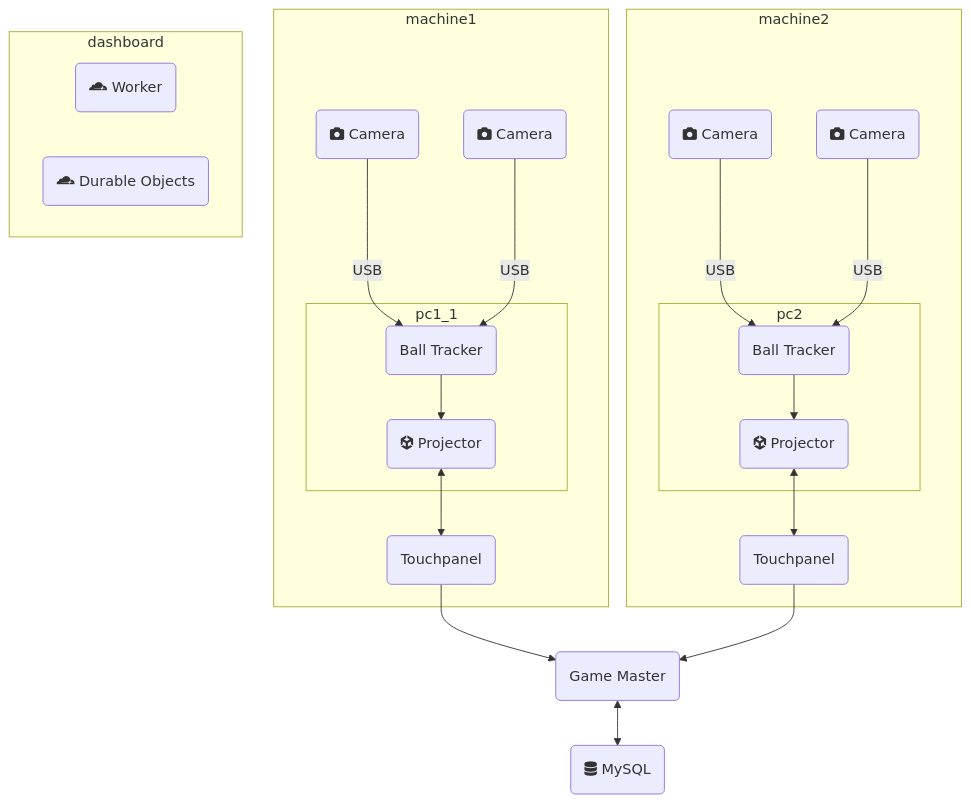
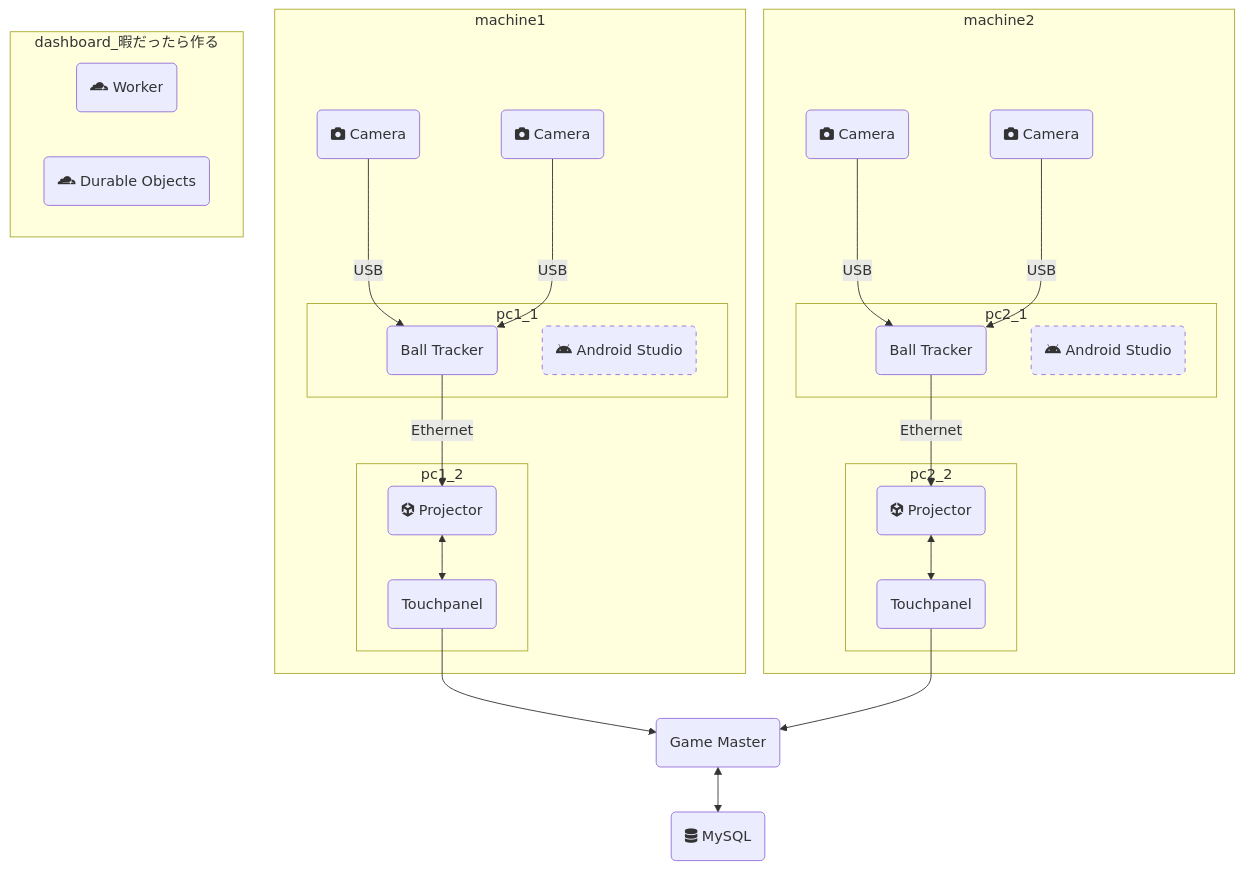
One commit to TK75Attractions/struckout changed the diagram in docs/architecture.mmd. Above: the diagram before and after it, drawn with Mermaid.

```diff
--- a/docs/architecture.mmd
+++ b/docs/architecture.mmd
@@ -1,37 +1,48 @@
 flowchart TD
+    classDef studio_class stroke-dasharray:5
     subgraph machine1
         subgraph pc1_1
             ball_tracker1("Ball Tracker")
+            android_studio1("fab:fa-android Android Studio")
+            class android_studio1 studio_class
+        end
+
+        subgraph pc1_2
             projector1("fab:fa-unity Projector")
+            touchpanel1("Touchpanel")
         end
-        touchpanel1("Touchpanel")
 
         camera1_1("fa:fa-camera Camera")
         camera1_2("fa:fa-camera Camera")
     end
 
     subgraph machine2
-        subgraph pc2
+        subgraph pc2_1
             ball_tracker2("Ball Tracker")
+            android_studio2("fab:fa-android Android Studio")
+            class android_studio2 studio_class
+        end
+
+        subgraph pc2_2
             projector2("fab:fa-unity Projector")
+            touchpanel2("Touchpanel")
         end
-        touchpanel2("Touchpanel")
 
         camera2_1("fa:fa-camera Camera")
         camera2_2("fa:fa-camera Camera")
     end
 
-    subgraph dashboard
+    subgraph dashboard_暇だったら作る
         worker("fab:fa-cloudflare Worker")
         do("fab:fa-cloudflare Durable Objects")
     end
 
     database("fa:fa-database MySQL")
 
     game_master("Game Master")
 
-    camera1_1 & camera1_2 --USB--> ball_tracker1 --> projector1 <--> touchpanel1
+    camera1_1 & camera1_2 --USB--> ball_tracker1 --Ethernet--> projector1 <--> touchpanel1
 
-    camera2_1 & camera2_2 --USB--> ball_tracker2 --> projector2 <--> touchpanel2
+    camera2_1 & camera2_2 --USB--> ball_tracker2 --Ethernet--> projector2 <--> touchpanel2
 
     touchpanel1 & touchpanel2 --> game_master <--> database
```
